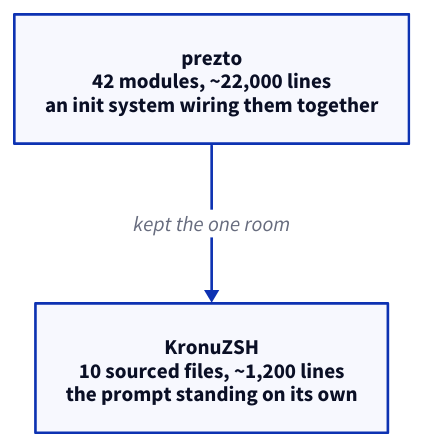
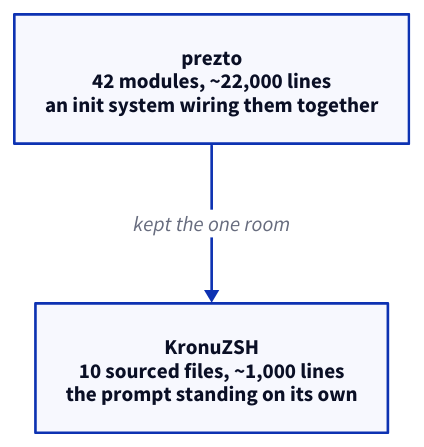
Before and after one commit to Kronuz/Kronuz.github.io: the diagram in src/content/docs/blog/molting.md, drawn with D2. The commit also changed other lines of this file, not shown here.

First line of the commit message:
blog(molting): round the setup size to ~1,000 lines / ~20x

````diff
--- a/src/content/docs/blog/molting.md
+++ b/src/content/docs/blog/molting.md
@@ -33,6 +33,6 @@
 ```d2 alt="prezto loaded 42 modules through an init system to build the shell; KronuZSH sources ten short files directly and the prompt stands on its own."
 direction: down
 old: "prezto\n42 modules, ~22,000 lines\nan init system wiring them together" { shape: rectangle }
-new: "KronuZSH\n10 sourced files, ~1,200 lines\nthe prompt standing on its own" { shape: rectangle }
+new: "KronuZSH\n10 sourced files, ~1,000 lines\nthe prompt standing on its own" { shape: rectangle }
 old -> new: "kept the one room"
 ```
````
